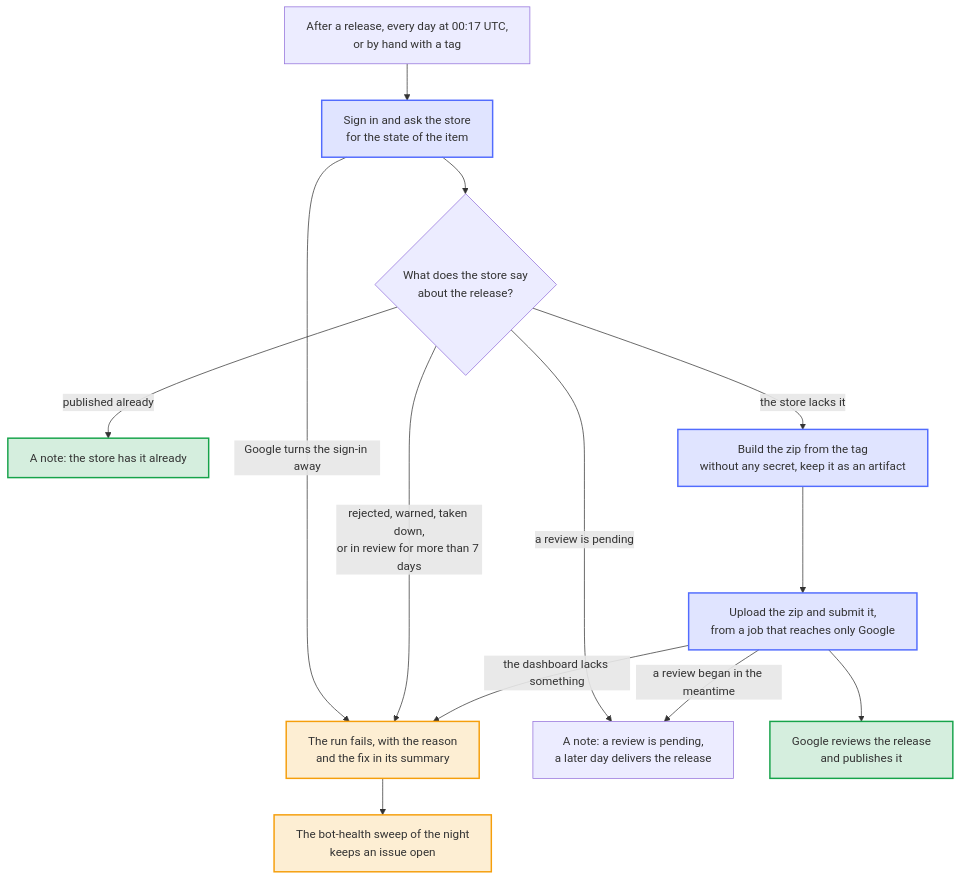
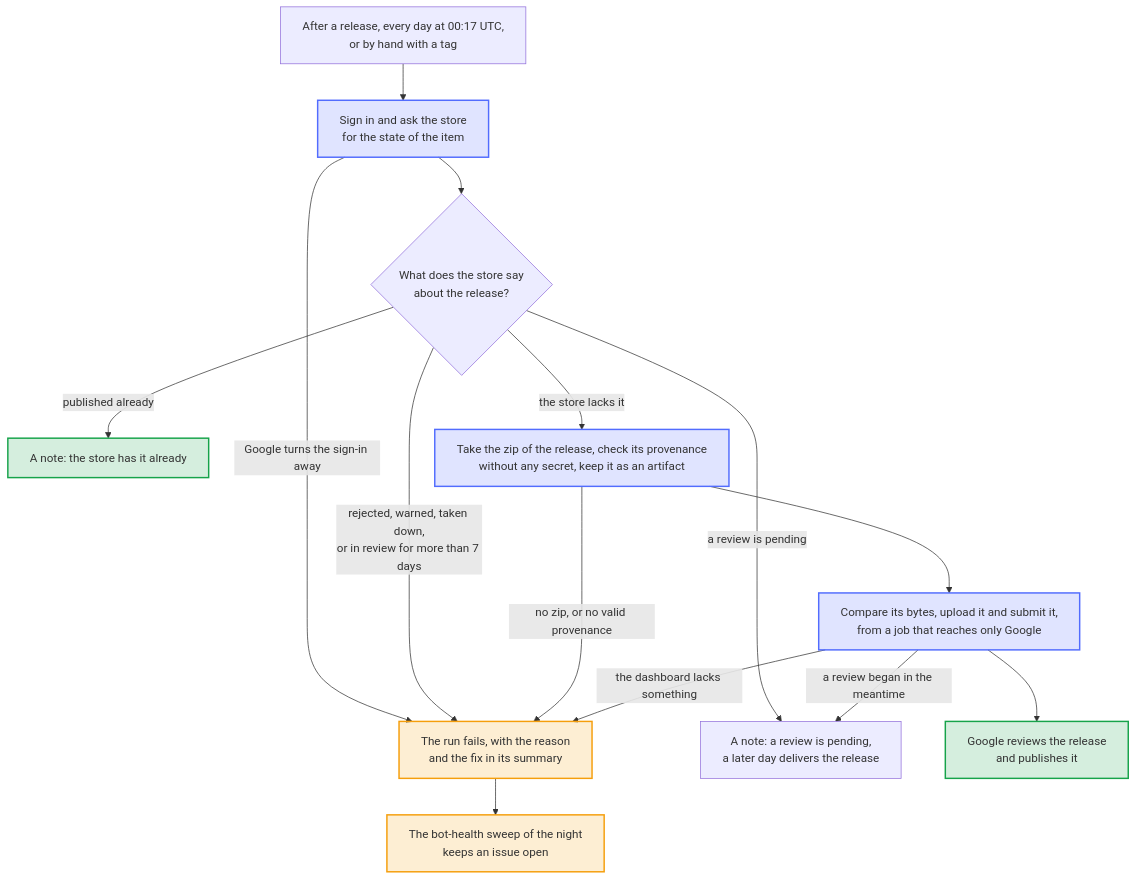
Before and after one commit to Dennis-Otto/player-switch-for-autodarts: the diagram in docs/diagrams/store-delivery.mmd, drawn with Mermaid. The commit also changed 30 other files, not shown here.

First line of the commit message:
feat(release): ship a reproducible extension zip with every release and upload exactly that one to the store

```diff
--- a/docs/diagrams/store-delivery.mmd
+++ b/docs/diagrams/store-delivery.mmd
@@ -1,36 +1,37 @@
 ---
 config:
   flowchart:
     wrappingWidth: 400
 ---
 flowchart TB
     accTitle: How a release reaches the Chrome Web Store
-    accDescr: After every release, every day at 00:17 UTC and when started by hand with a tag, the workflow signs in to the Chrome Web Store and asks for the state of the item. A sign-in that Google turns away, a rejected release, a warning, a takedown or a review of more than 7 days fail the run, with the reason and the fix in its summary, and the bot-health sweep of the night keeps an issue open. While a review is pending, the run ends with a note, and a later day delivers the release. When the store has the release already, nothing happens. Otherwise a job without any secret builds the zip from the tag and keeps it as an artifact, and a job that reaches only Google uploads it and submits it for review. When the store refuses the submission because the Developer Dashboard lacks something that the version needs, the run fails as well, and names what the release asks for beyond the version of the store. When a review began in the meantime, the run ends with the same note as for a pending review.
+    accDescr: After every release, every day at 00:17 UTC and when started by hand with a tag, the workflow signs in to the Chrome Web Store and asks for the state of the item. A sign-in that Google turns away, a rejected release, a warning, a takedown or a review of more than 7 days fail the run, with the reason and the fix in its summary, and the bot-health sweep of the night keeps an issue open. While a review is pending, the run ends with a note, and a later day delivers the release. When the store has the release already, nothing happens. Otherwise a job without any secret takes the zip of the release and checks its provenance and its version; a release without a zip or a zip without a valid provenance fails the run. It keeps the zip as an artifact, and a job that reaches only Google compares its bytes, uploads it and submits it for review. When the store refuses the submission because the Developer Dashboard lacks something that the version needs, the run fails as well, and names what the release asks for beyond the version of the store. When a review began in the meantime, the run ends with the same note as for a pending review.
 
     start["After a release, every day at 00:17 UTC,<br>or by hand with a tag"]
     ask["Sign in and ask the store<br>for the state of the item"]
     decide{"What does the store say<br>about the release?"}
     fail["The run fails, with the reason<br>and the fix in its summary"]
     issue["The bot-health sweep of the night<br>keeps an issue open"]
     wait["A note: a review is pending,<br>a later day delivers the release"]
     has["A note: the store has it already"]
-    package["Build the zip from the tag<br>without any secret, keep it as an artifact"]
-    store["Upload the zip and submit it,<br>from a job that reaches only Google"]
+    package["Take the zip of the release, check its provenance<br>without any secret, keep it as an artifact"]
+    store["Compare its bytes, upload it and submit it,<br>from a job that reaches only Google"]
     review["Google reviews the release<br>and publishes it"]
 
     start --> ask --> decide
     ask -- "Google turns the sign-in away" --> fail
     decide -- "rejected, warned, taken down,<br>or in review for more than 7 days" --> fail
     decide -- "a review is pending" --> wait
     decide -- "published already" --> has
     decide -- "the store lacks it" --> package --> store --> review
+    package -- "no zip, or no valid provenance" --> fail
     store -- "the dashboard lacks something" --> fail
     store -- "a review began in the meantime" --> wait
     fail --> issue
 
     classDef bot fill:#526cfe2e,stroke:#526cfe,stroke-width:2px
     classDef done fill:#16a34a2e,stroke:#16a34a,stroke-width:2px
     classDef person fill:#f59e0b2e,stroke:#f59e0b,stroke-width:2px
     class ask,package,store bot
     class has,review done
     class fail,issue person
```
